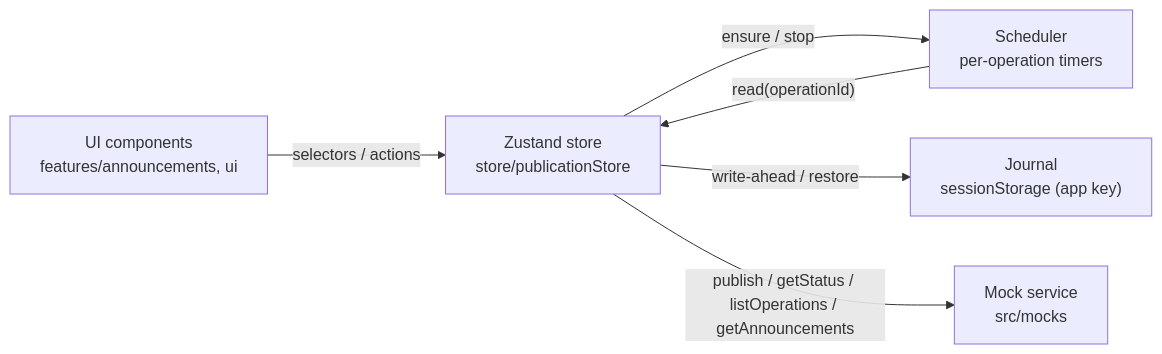
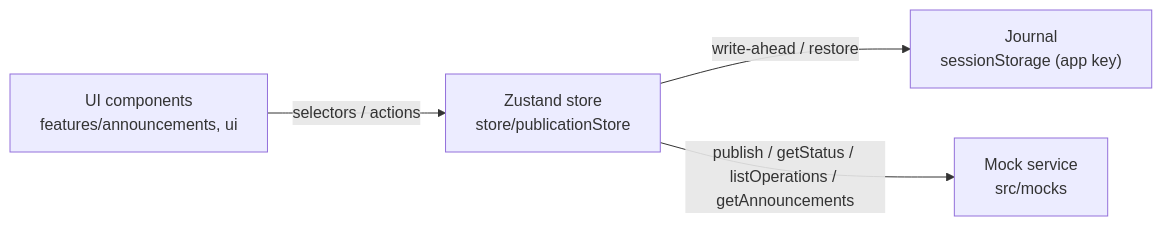
Before and after one commit to mjkohan/announcement-publishing-workspace: the diagram in README.md, drawn with Mermaid. The commit also changed other lines of this file and 25 other files, not shown here.

````diff
--- a/README.md
+++ b/README.md
@@ -62,8 +62,6 @@
 ```mermaid
 flowchart LR
   UI["UI components<br/>features/announcements, ui"] -- "selectors / actions" --> Store["Zustand store<br/>store/publicationStore"]
-  Store -- "ensure / stop" --> Scheduler["Scheduler<br/>per-operation timers"]
-  Scheduler -- "read(operationId)" --> Store
   Store -- "write-ahead / restore" --> Journal["Journal<br/>sessionStorage (app key)"]
   Store -- "publish / getStatus / listOperations / getAnnouncements" --> Service["Mock service<br/>src/mocks"]
 ```
````
